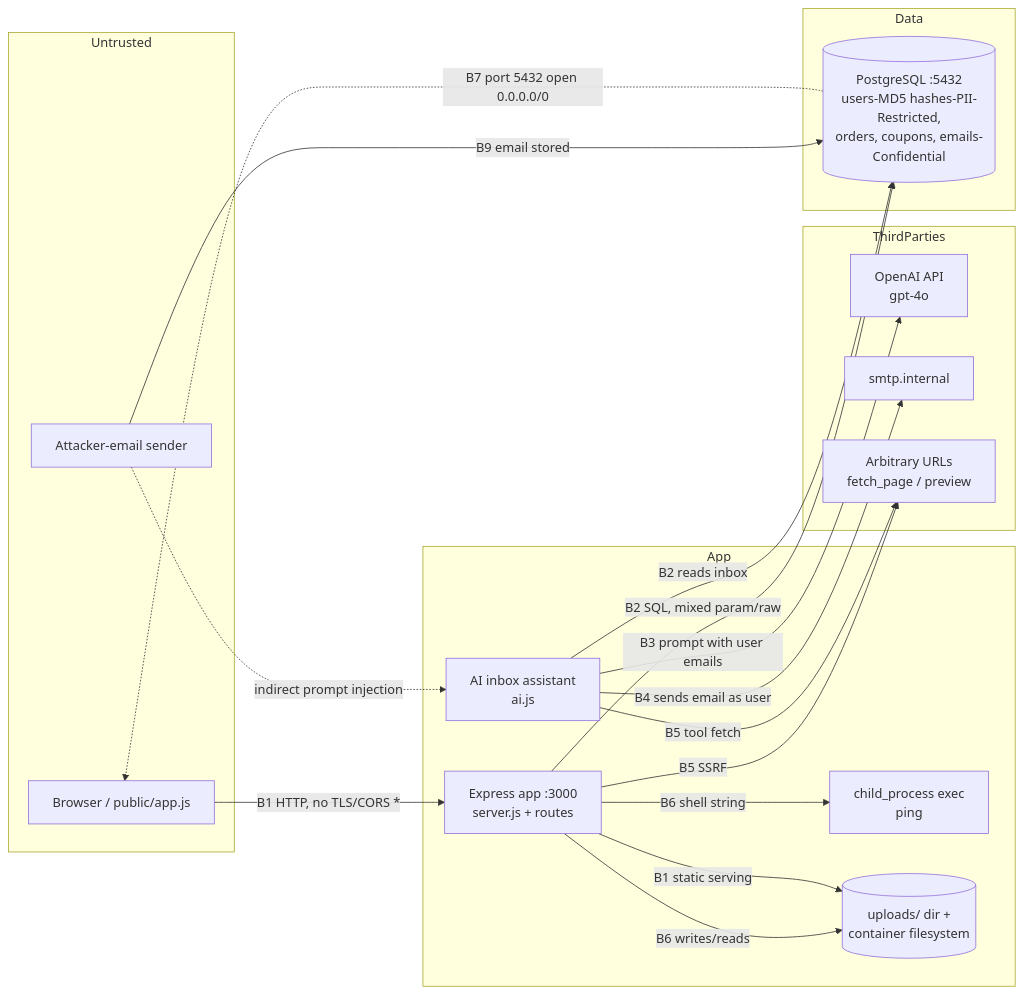
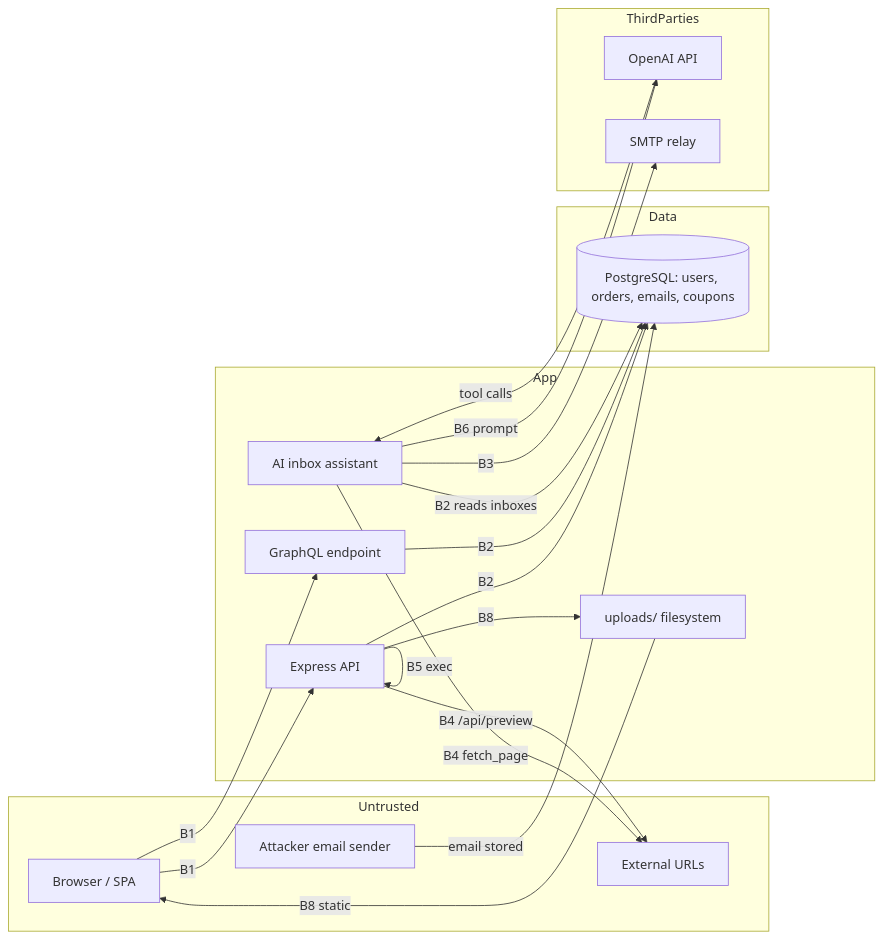
One commit to natolitech/security-skill changed the diagram in examples/threat-model-example.md. Above: the diagram before and after it, drawn with Mermaid. The commit also changed other lines of this file and 16 other files, not shown here.

````diff
--- a/examples/threat-model-example.md
+++ b/examples/threat-model-example.md
@@ -68,35 +62,35 @@
 ```mermaid
 flowchart LR
     subgraph Untrusted
-        U[Browser / public/app.js]
-        AT[Attacker-email sender]
+        U[Browser / SPA]
+        AT[Attacker email sender]
+        EXT[External URLs]
     end
     subgraph App
-        API[Express app :3000<br/>server.js + routes]
-        EXEC[child_process exec<br/>ping]
-        FS[(uploads/ dir +<br/>container filesystem)]
-        LLM[AI inbox assistant<br/>ai.js]
+        API[Express API]
+        GQL[GraphQL endpoint]
+        AI[AI inbox assistant]
+        FS[uploads/ filesystem]
+    end
+    subgraph Data
+        DB[(PostgreSQL: users, orders, emails, coupons)]
     end
     subgraph ThirdParties
-        OPENAI[OpenAI API<br/>gpt-4o]
-        SMTP[smtp.internal]
-        WEB[Arbitrary URLs<br/>fetch_page / preview]
+        LLM[OpenAI API]
+        SMTP[SMTP relay]
     end
-    subgraph Data
-        DB[(PostgreSQL :5432<br/>users-MD5 hashes-PII-Restricted,<br/>orders, coupons, emails-Confidential)]
-    end
-
-    U -->|B1 HTTP, no TLS/CORS *| API
-    AT -->|B9 email stored| DB
-    AT -.->|indirect prompt injection| LLM
-    API -->|B2 SQL, mixed param/raw| DB
-    API -->|B6 shell string| EXEC
-    API -->|B6 writes/reads| FS
-    API -->|B5 SSRF| WEB
-    API -->|B1 static serving| FS
-    LLM -->|B2 reads inbox| DB
-    LLM -->|B3 prompt with user emails| OPENAI
-    LLM -->|B4 sends email as user| SMTP
-    LLM -->|B5 tool fetch| WEB
-    DB -.->|B7 port 5432 open 0.0.0.0/0| U
+    U -->|B1| API
+    U -->|B1| GQL
+    API -->|B2| DB
+    GQL -->|B2| DB
+    API -->|B5 exec| API
+    API -->|B8| FS
+    FS -->|B8 static| U
+    AT -->|email stored| DB
+    AI -->|B2 reads inboxes| DB
+    AI -->|B6 prompt| LLM
+    LLM -->|tool calls| AI
+    AI -->|B3| SMTP
+    AI -->|B4 fetch_page| EXT
+    API -->|B4 /api/preview| EXT
 ```
````
